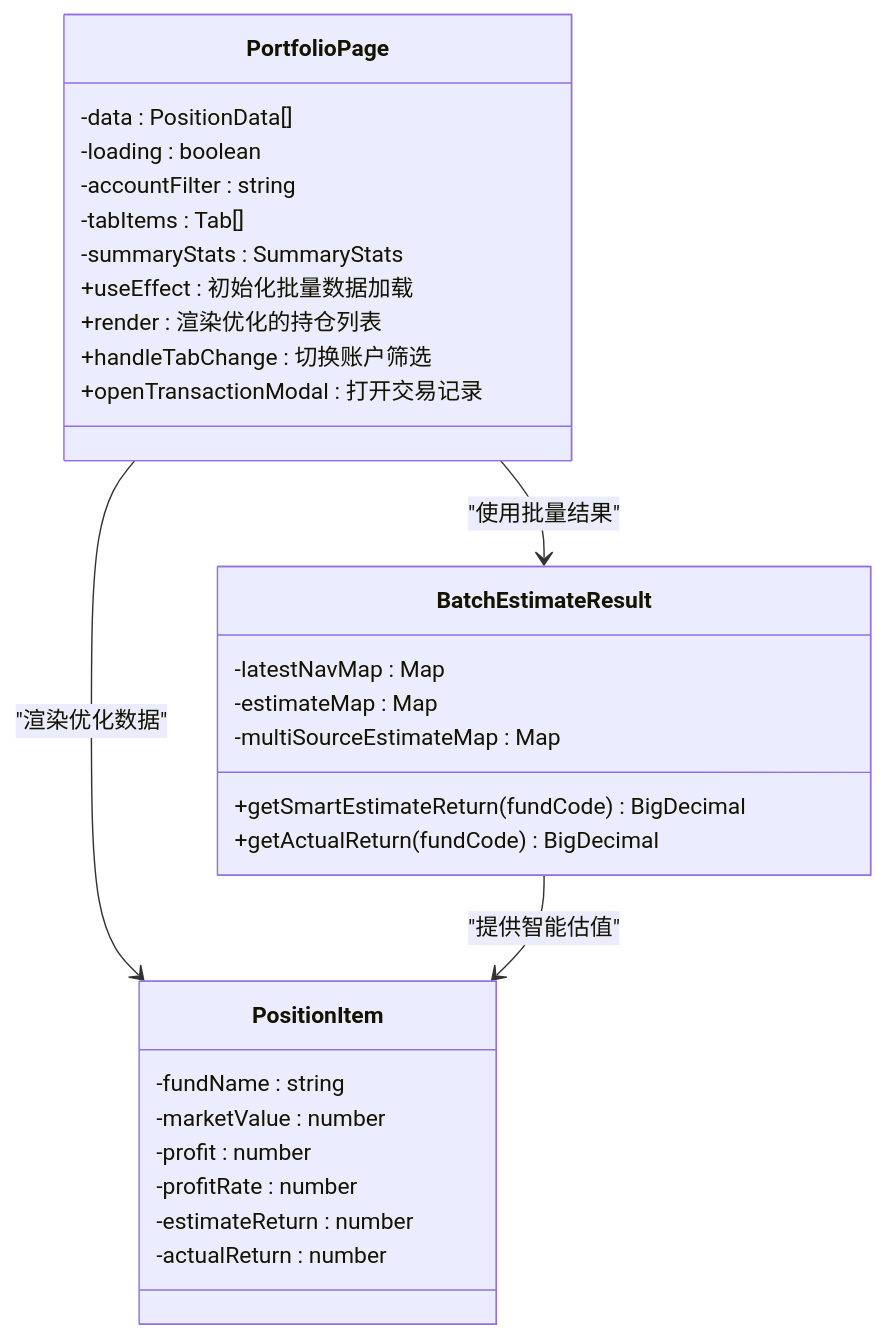
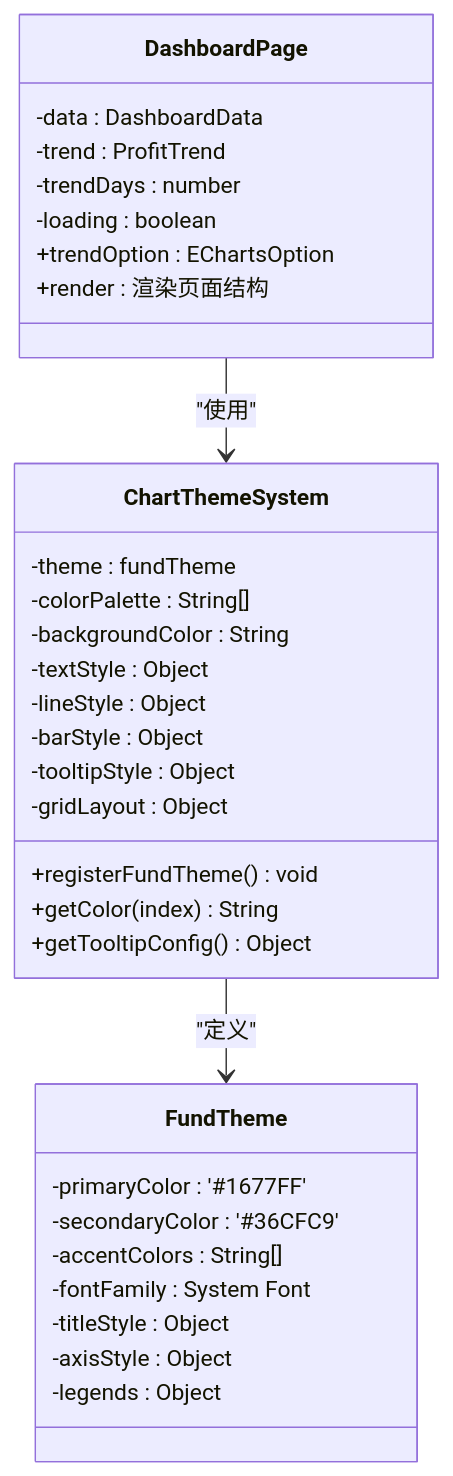
Before and after one commit to gree-coder/fund-butler: the seventh of 11 diagrams in .qoder/repowiki/zh/content/核心功能开发/实时市场数据可视化.md, drawn with Mermaid. The commit also changed other lines of this file and 21 other files, not shown here.

````diff
--- a/.qoder/repowiki/zh/content/核心功能开发/实时市场数据可视化.md
+++ b/.qoder/repowiki/zh/content/核心功能开发/实时市场数据可视化.md
@@ -366,32 +316,35 @@
 ```mermaid
 classDiagram
-class PortfolioPage {
--data : PositionData[]
+class ChartThemeSystem {
+-theme : fundTheme
+-colorPalette : String[]
+-backgroundColor : String
+-textStyle : Object
+-lineStyle : Object
+-barStyle : Object
+-tooltipStyle : Object
+-gridLayout : Object
++registerFundTheme() void
++getColor(index) String
++getTooltipConfig() Object
+}
+class FundTheme {
+-primaryColor : '#1677FF'
+-secondaryColor : '#36CFC9'
+-accentColors : String[]
+-fontFamily : System Font
+-titleStyle : Object
+-axisStyle : Object
+-legends : Object
+}
+class DashboardPage {
+-data : DashboardData
+-trend : ProfitTrend
+-trendDays : number
 -loading : boolean
--accountFilter : string
--tabItems : Tab[]
--summaryStats : SummaryStats
-+useEffect : 初始化批量数据加载
-+render : 渲染优化的持仓列表
-+handleTabChange : 切换账户筛选
-+openTransactionModal : 打开交易记录
++trendOption : EChartsOption
++render : 渲染页面结构
 }
-class BatchEstimateResult {
--latestNavMap : Map
--estimateMap : Map
--multiSourceEstimateMap : Map
-+getSmartEstimateReturn(fundCode) BigDecimal
-+getActualReturn(fundCode) BigDecimal
-}
-class PositionItem {
--fundName : string
--marketValue : number
--profit : number
--profitRate : number
--estimateReturn : number
--actualReturn : number
-}
-PortfolioPage --> BatchEstimateResult : "使用批量结果"
-PortfolioPage --> PositionItem : "渲染优化数据"
-BatchEstimateResult --> PositionItem : "提供智能估值"
+ChartThemeSystem --> FundTheme : "定义"
+DashboardPage --> ChartThemeSystem : "使用"
 ```
````
